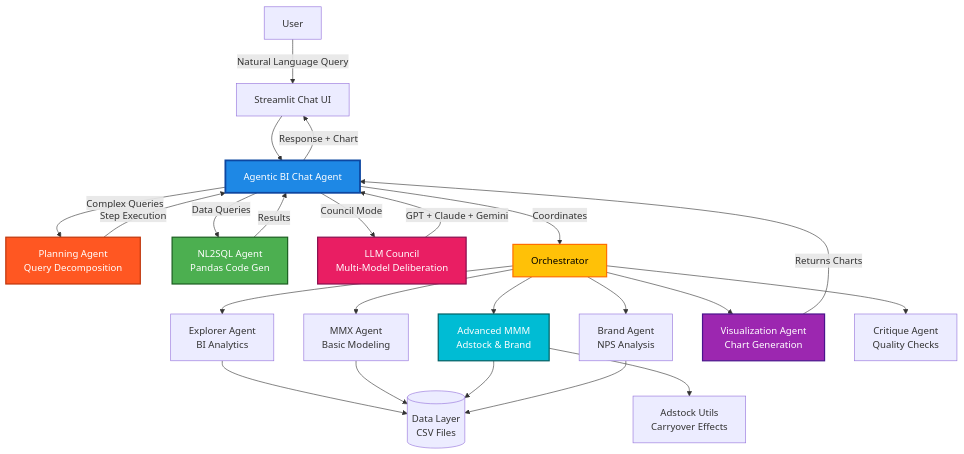
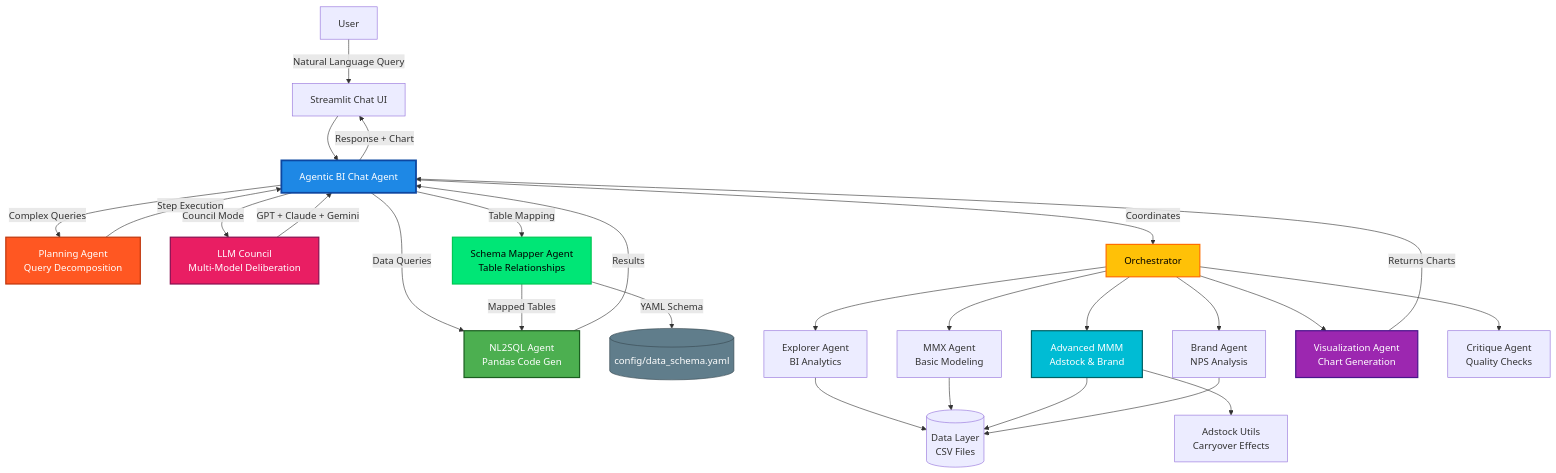
Before and after one commit to AvirupRoy2195/MMX_Agent: the diagram in README.md, drawn with Mermaid.

Commit message:
Add SchemaMapperAgent to architecture diagram

````diff
--- a/README.md
+++ b/README.md
@@ -113,40 +113,46 @@
 ```mermaid
 graph TB
     User[User] -->|Natural Language Query| UI[Streamlit Chat UI]
     UI --> AgenticChat[Agentic BI Chat Agent]
     
     AgenticChat -->|Complex Queries| Planner[Planning Agent<br/>Query Decomposition]
     AgenticChat -->|Data Queries| NL2SQL[NL2SQL Agent<br/>Pandas Code Gen]
     AgenticChat -->|Council Mode| Council[LLM Council<br/>Multi-Model Deliberation]
+    AgenticChat -->|Table Mapping| SchemaMapper[Schema Mapper Agent<br/>Table Relationships]
     AgenticChat -->|Coordinates| Orch[Orchestrator]
+    
+    SchemaMapper -->|YAML Schema| Schema[(config/data_schema.yaml)]
+    SchemaMapper -->|Mapped Tables| NL2SQL
     
     Council -->|GPT + Claude + Gemini| AgenticChat
     
     Planner -->|Step Execution| AgenticChat
     NL2SQL -->|Results| AgenticChat
     
     Orch --> Explorer[Explorer Agent<br/>BI Analytics]
     Orch --> MMX[MMX Agent<br/>Basic Modeling]
     Orch --> AdvMMM[Advanced MMM<br/>Adstock & Brand]
     Orch --> Brand[Brand Agent<br/>NPS Analysis]
     Orch --> Viz[Visualization Agent<br/>Chart Generation]
     Orch --> Critique[Critique Agent<br/>Quality Checks]
     
     Explorer --> Data[(Data Layer<br/>CSV Files)]
     MMX --> Data
     AdvMMM --> Data
     Brand --> Data
     
     AdvMMM --> Adstock[Adstock Utils<br/>Carryover Effects]
     
     Viz -->|Returns Charts| AgenticChat
     AgenticChat -->|Response + Chart| UI
     
     style AgenticChat fill:#1e88e5,stroke:#0d47a1,stroke-width:3px,color:#fff
     style Planner fill:#ff5722,stroke:#bf360c,stroke-width:2px,color:#fff
     style NL2SQL fill:#4caf50,stroke:#1b5e20,stroke-width:2px,color:#fff
     style Council fill:#e91e63,stroke:#880e4f,stroke-width:2px,color:#fff
+    style SchemaMapper fill:#00e676,stroke:#00c853,stroke-width:2px,color:#000
     style Orch fill:#ffc107,stroke:#ff6f00,stroke-width:2px,color:#000
     style AdvMMM fill:#00bcd4,stroke:#006064,stroke-width:2px,color:#fff
     style Viz fill:#9c27b0,stroke:#4a148c,stroke-width:2px,color:#fff
+    style Schema fill:#607d8b,stroke:#37474f,stroke-width:1px,color:#fff
 ```
````
